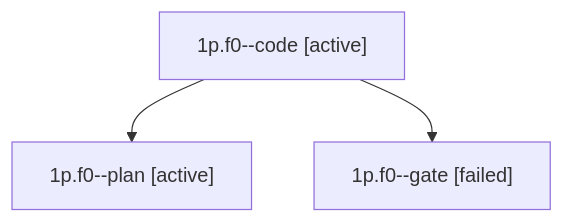
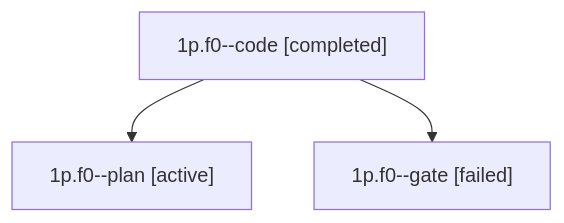
One commit to sase-org/sase--agents changed the diagram in sessions/bbugyi200.apollo.1p.f0.md. Above: the diagram before and after it, drawn with Mermaid. The commit also changed other lines of this file and 59 other files, not shown here.

````diff
--- a/sessions/bbugyi200.apollo.1p.f0.md
+++ b/sessions/bbugyi200.apollo.1p.f0.md
@@ -9,8 +9,8 @@
 ```mermaid
 flowchart TD
-  n0["1p.f0--code [active]"]
+  n0["1p.f0--code [completed]"]
   n1["1p.f0--plan [active]"]
   n0 --> n1
   n2["1p.f0--gate [failed]"]
   n0 --> n2
 ```
````
